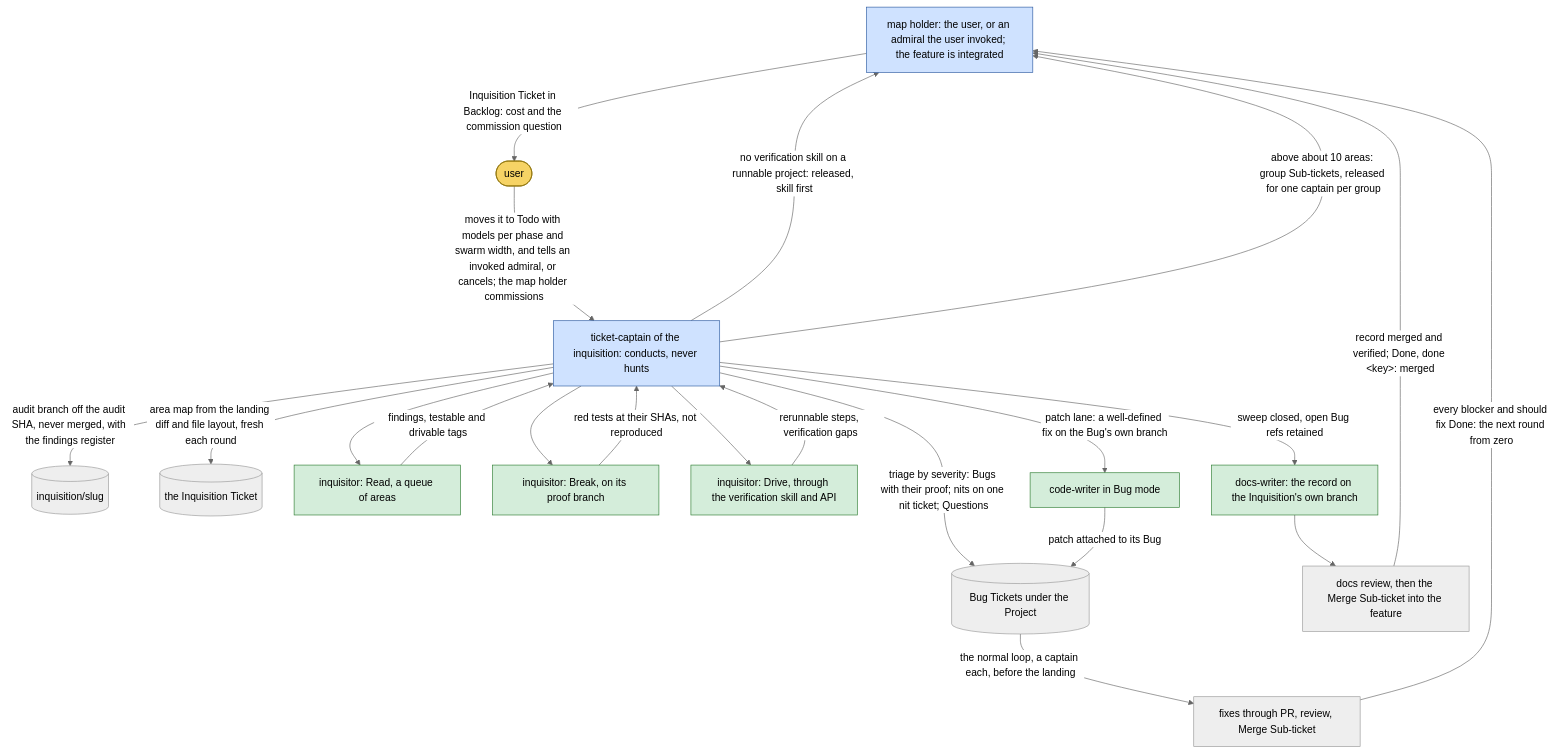
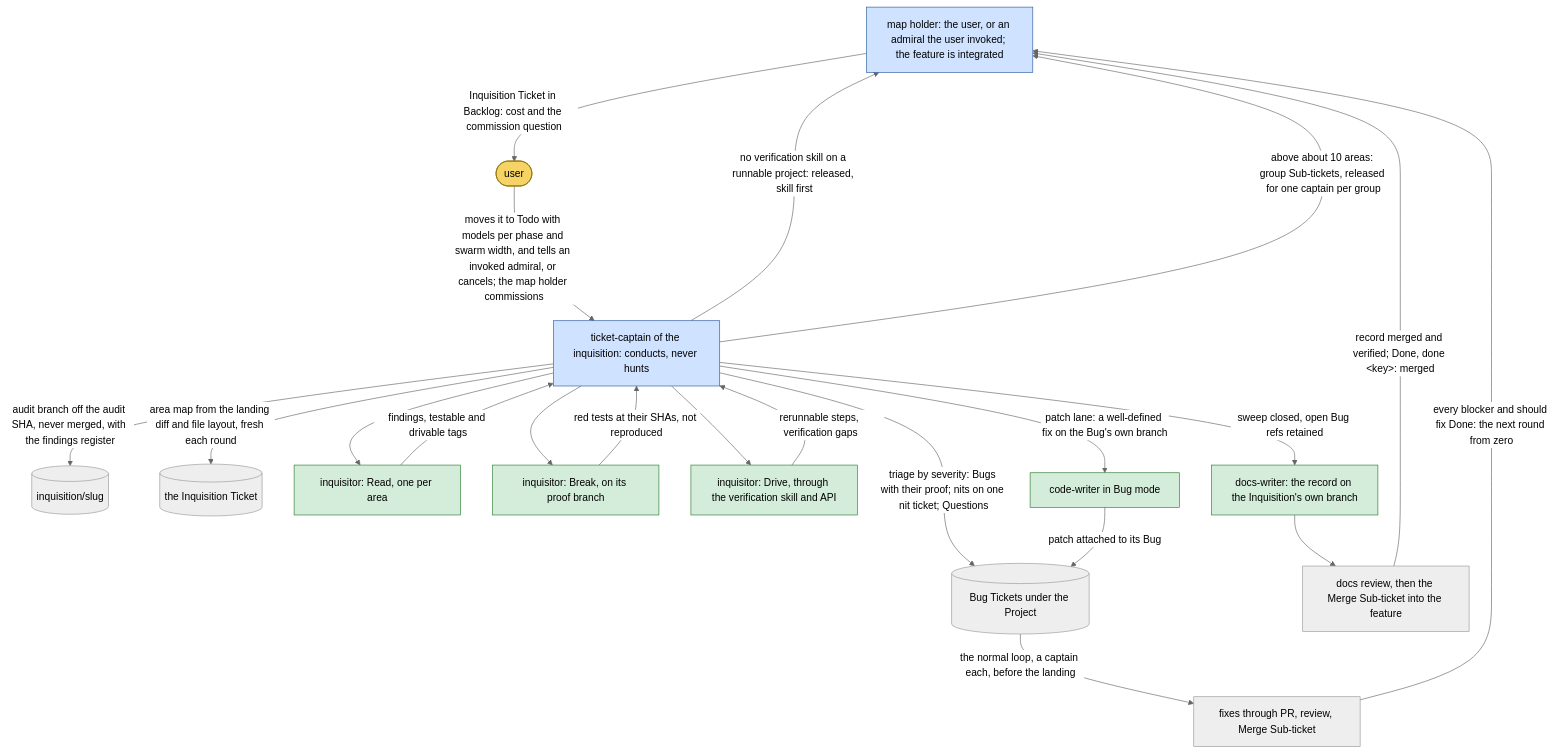
Before and after one commit to bodnarbalazs/dydo: the ninth of 12 diagrams in dydo/understand/control-flow.md, drawn with Mermaid (neutral theme). The commit also changed other lines of this file and 7 other files, not shown here.

````diff
--- a/dydo/understand/control-flow.md
+++ b/dydo/understand/control-flow.md
@@ -567,27 +567,27 @@
 ```mermaid
 flowchart TD
   classDef human fill:#f6d365,stroke:#8a6d00,color:#000
   classDef officer fill:#cfe2ff,stroke:#2c5aa0,color:#000
   classDef crew fill:#d4edda,stroke:#2e7d32,color:#000
 
   AD[map holder: the user, or an admiral the user invoked; the feature is integrated]:::officer -->|Inquisition Ticket in Backlog: cost and the commission question| H([user]):::human
   H -->|moves it to Todo with models per phase and swarm width, and tells an invoked admiral, or cancels; the map holder commissions| IC[ticket-captain of the inquisition: conducts, never hunts]:::officer
   IC -->|no verification skill on a runnable project: released, skill first| AD
   IC -->|audit branch off the audit SHA, never merged, with the findings register| BR[(inquisition/slug)]
   IC -->|area map from the landing diff and file layout, fresh each round| MAP[(the Inquisition Ticket)]
   IC -->|above about 10 areas: group Sub-tickets, released for one captain per group| AD
-  IC --> R[inquisitor: Read, a queue of areas]:::crew
+  IC --> R[inquisitor: Read, one per area]:::crew
   R -->|findings, testable and drivable tags| IC
   IC --> K[inquisitor: Break, on its proof branch]:::crew
   K -->|red tests at their SHAs, not reproduced| IC
   IC --> D[inquisitor: Drive, through the verification skill and API]:::crew
   D -->|rerunnable steps, verification gaps| IC
   IC -->|triage by severity: Bugs with their proof; nits on one nit ticket; Questions| BUG[(Bug Tickets under the Project)]
   IC -->|patch lane: a well-defined fix on the Bug's own branch| CW[code-writer in Bug mode]:::crew
   CW -->|patch attached to its Bug| BUG
   IC -->|sweep closed, open Bug refs retained| DW[docs-writer: the record on the Inquisition's own branch]:::crew
   DW --> RV[docs review, then the Merge Sub-ticket into the feature]
   RV -->|record merged and verified; Done, done &lt;key&gt;: merged| AD
   BUG -->|the normal loop, a captain each, before the landing| FIX[fixes through PR, review, Merge Sub-ticket]
   FIX -->|every blocker and should fix Done: the next round from zero| AD
 ```
````
